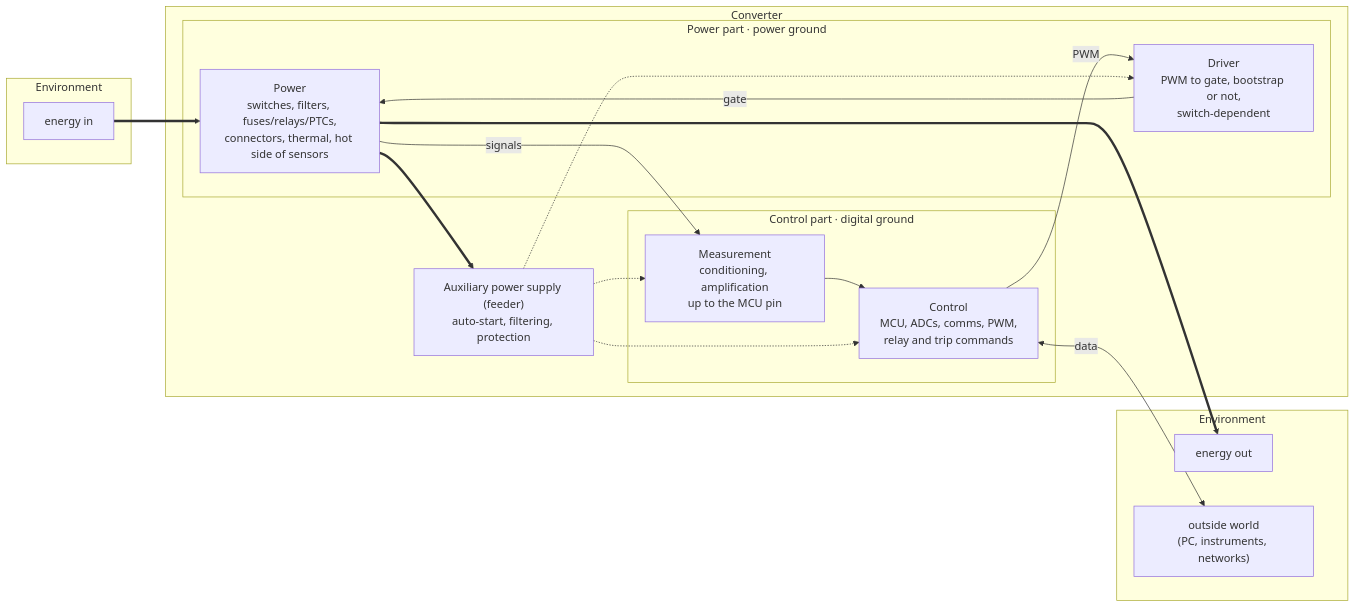
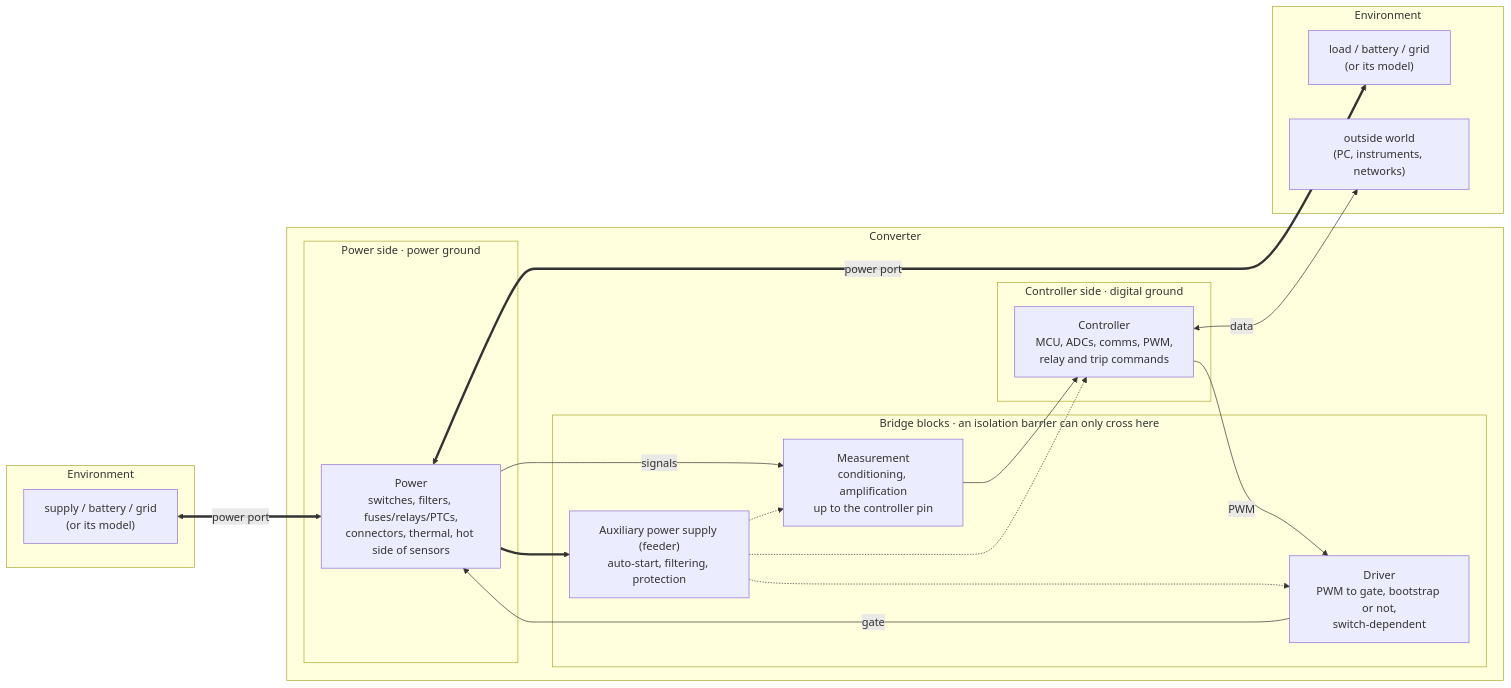
The third of 3 diagrams in docs/overview.md (luizvilla/Theia), drawn with Mermaid before and after one commit. The commit also changed other lines of this file and 6 other files, not shown here.

````diff
--- a/docs/overview.md
+++ b/docs/overview.md
@@ -40,28 +40,30 @@
 ```mermaid
 flowchart LR
   subgraph ENV1["Environment"]
-    SRC["energy in"]
+    SRC["supply / battery / grid<br/>(or its model)"]
   end
   subgraph CONV["Converter"]
-    subgraph PWR["Power part · power ground"]
+    subgraph PWR["Power side · power ground"]
       P["Power<br/>switches, filters, fuses/relays/PTCs,<br/>connectors, thermal, hot side of sensors"]
+    end
+    subgraph BR["Bridge blocks · an isolation barrier can only cross here"]
+      M["Measurement<br/>conditioning, amplification<br/>up to the controller pin"]
       D["Driver<br/>PWM to gate, bootstrap or not,<br/>switch-dependent"]
+      A["Auxiliary power supply (feeder)<br/>auto-start, filtering, protection"]
     end
-    subgraph DIG["Control part · digital ground"]
-      M["Measurement<br/>conditioning, amplification<br/>up to the MCU pin"]
-      C["Control<br/>MCU, ADCs, comms, PWM,<br/>relay and trip commands"]
+    subgraph DIG["Controller side · digital ground"]
+      C["Controller<br/>MCU, ADCs, comms, PWM,<br/>relay and trip commands"]
     end
-    A["Auxiliary power supply (feeder)<br/>auto-start, filtering, protection"]
   end
   subgraph ENV2["Environment"]
-    LOAD["energy out"]
+    LOAD["load / battery / grid<br/>(or its model)"]
     EXT["outside world<br/>(PC, instruments, networks)"]
   end
-  SRC ==> P ==> LOAD
+  SRC <==>|"power port"| P <==>|"power port"| LOAD
   P -- signals --> M --> C -- PWM --> D -- gate --> P
   C <-- data --> EXT
   P ==> A
   A -.-> M
   A -.-> C
   A -.-> D
 ```
````
